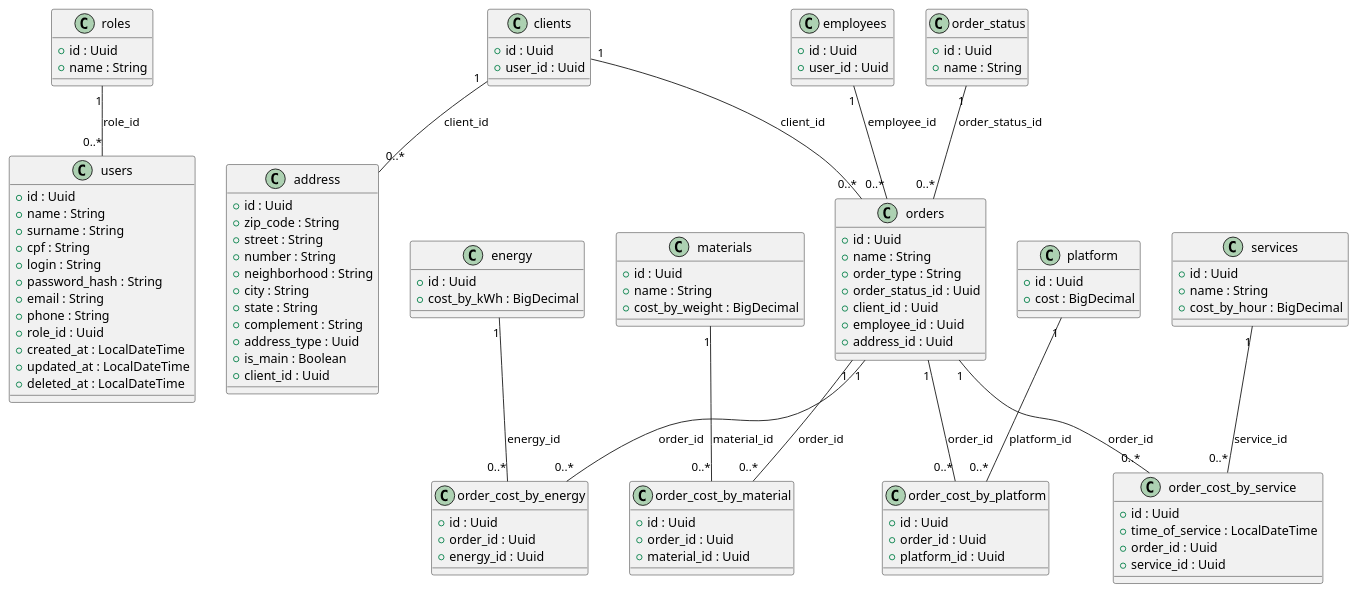
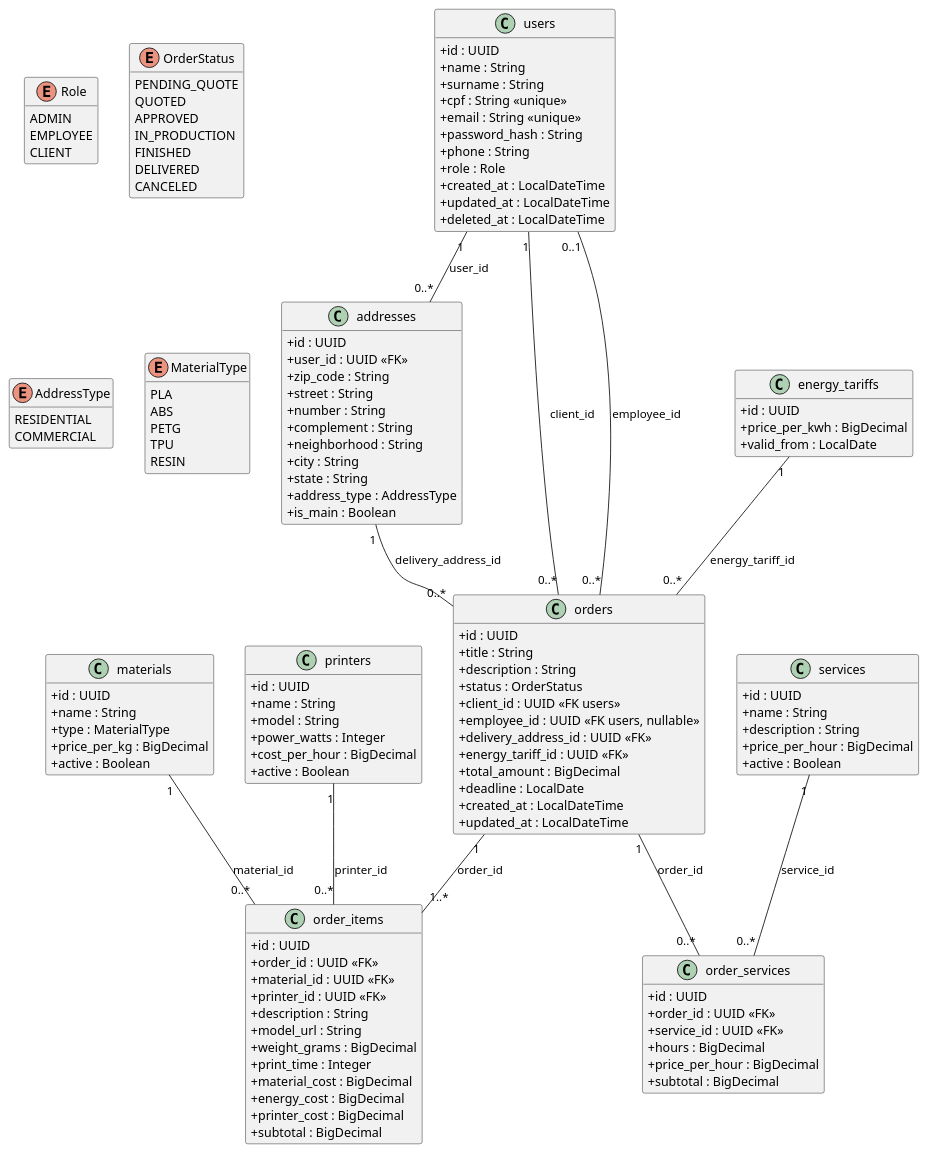
Before and after one commit to JonasFortunatoRosset/3d-printer-app: the diagram in UML/uml.puml, drawn with PlantUML. The commit also changed 16 other files, not shown here.

```diff
--- a/UML/uml.puml
+++ b/UML/uml.puml
@@ -1,139 +1,151 @@
 @startuml
+skinparam classAttributeIconSize 0
+hide methods
 
-class roles {
- + id : Uuid
- + name : String
+enum Role {
+ ADMIN
+ EMPLOYEE
+ CLIENT
+}
+
+enum OrderStatus {
+ PENDING_QUOTE
+ QUOTED
+ APPROVED
+ IN_PRODUCTION
+ FINISHED
+ DELIVERED
+ CANCELED
+}
+
+enum AddressType {
+ RESIDENTIAL
+ COMMERCIAL
+}
+
+enum MaterialType {
+ PLA
+ ABS
+ PETG
+ TPU
+ RESIN
 }
 
 class users {
- + id : Uuid
+ + id : UUID
  + name : String
  + surname : String
- + cpf : String
- + login : String
+ + cpf : String <<unique>>
+ + email : String <<unique>>
  + password_hash : String
- + email : String
  + phone : String
- + role_id : Uuid
+ + role : Role
  + created_at : LocalDateTime
  + updated_at : LocalDateTime
  + deleted_at : LocalDateTime
 }
 
-class clients {
- + id : Uuid
- + user_id : Uuid
-}
-
-class employees {
- + id : Uuid
- + user_id : Uuid
-}
-
-class address {
- + id : Uuid
+class addresses {
+ + id : UUID
+ + user_id : UUID <<FK>>
  + zip_code : String
  + street : String
  + number : String
+ + complement : String
  + neighborhood : String
  + city : String
  + state : String
- + complement : String
- + address_type : Uuid
+ + address_type : AddressType
  + is_main : Boolean
- + client_id : Uuid
+}
+
+class materials {
+ + id : UUID
+ + name : String
+ + type : MaterialType
+ + price_per_kg : BigDecimal
+ + active : Boolean
+}
+
+class printers {
+ + id : UUID
+ + name : String
+ + model : String
+ + power_watts : Integer
+ + cost_per_hour : BigDecimal
+ + active : Boolean
+}
+
+class services {
+ + id : UUID
+ + name : String
+ + description : String
+ + price_per_hour : BigDecimal
+ + active : Boolean
+}
+
+class energy_tariffs {
+ + id : UUID
+ + price_per_kwh : BigDecimal
+ + valid_from : LocalDate
 }
 
 class orders {
- + id : Uuid
- + name : String
- + order_type : String
- + order_status_id : Uuid
- + client_id : Uuid
- + employee_id : Uuid
- + address_id : Uuid
- }
-
-class order_status {
- + id : Uuid
- + name : String
+ + id : UUID
+ + title : String
+ + description : String
+ + status : OrderStatus
+ + client_id : UUID <<FK users>>
+ + employee_id : UUID <<FK users, nullable>>
+ + delivery_address_id : UUID <<FK>>
+ + energy_tariff_id : UUID <<FK>>
+ + total_amount : BigDecimal
+ + deadline : LocalDate
+ + created_at : LocalDateTime
+ + updated_at : LocalDateTime
 }
 
-class materials {
- + id : Uuid
- + name : String
- + cost_by_weight : BigDecimal
+class order_items {
+ + id : UUID
+ + order_id : UUID <<FK>>
+ + material_id : UUID <<FK>>
+ + printer_id : UUID <<FK>>
+ + description : String
+ + model_url : String
+ + weight_grams : BigDecimal
+ + print_time : Integer
+ + material_cost : BigDecimal
+ + energy_cost : BigDecimal
+ + printer_cost : BigDecimal
+ + subtotal : BigDecimal
 }
 
-class services {
- + id : Uuid
- + name : String
- + cost_by_hour : BigDecimal
+class order_services {
+ + id : UUID
+ + order_id : UUID <<FK>>
+ + service_id : UUID <<FK>>
+ + hours : BigDecimal
+ + price_per_hour : BigDecimal
+ + subtotal : BigDecimal
 }
 
-class energy {
- + id : Uuid
- + cost_by_kWh : BigDecimal
-}
+' Endereços do usuário
+users "1" -- "0..*" addresses : user_id
 
-class platform {
- + id : Uuid
- + cost : BigDecimal
-}
+' Cliente e funcionário do pedido
+users "1" -- "0..*" orders : client_id
+users "0..1" -- "0..*" orders : employee_id
 
-class order_cost_by_energy {
- + id : Uuid
- + order_id : Uuid
- + energy_id : Uuid
- }
+' Endereço de entrega e tarifa usada no pedido
+addresses "1" -- "0..*" orders : delivery_address_id
+energy_tariffs "1" -- "0..*" orders : energy_tariff_id
 
-class order_cost_by_material {
- + id : Uuid
- + order_id : Uuid
- + material_id : Uuid
- }
+' Itens impressos do pedido
+orders "1" -- "1..*" order_items : order_id
+materials "1" -- "0..*" order_items : material_id
+printers "1" -- "0..*" order_items : printer_id
 
-class order_cost_by_service {
- + id : Uuid
- + time_of_service : LocalDateTime
- + order_id : Uuid
- + service_id : Uuid
- }
-
-class order_cost_by_platform {
- + id : Uuid
- + order_id : Uuid
- + platform_id : Uuid
- }
-
- ' User role
-roles "1" -- "0..*" users : role_id
-
-' Client address
-clients "1" -- "0..*" address : client_id
-
-' Order status
-order_status "1" -- "0..*" orders : order_status_id
-
-' Client order
-clients "1" -- "0..*" orders : client_id
-
-' Empoyee order
-employees "1" -- "0..*" orders : employee_id
-
-' Cost by energy
-orders "1" -- "0..*" order_cost_by_energy : order_id
-energy "1" -- "0..*" order_cost_by_energy : energy_id
-
-' Cost by material
-orders "1" -- "0..*" order_cost_by_material : order_id
-materials "1" -- "0..*" order_cost_by_material : material_id
-
-' Cost by platform
-orders "1" -- "0..*" order_cost_by_platform : order_id
-platform "1" -- "0..*" order_cost_by_platform : platform_id
-
-' Cost by service
-orders "1" -- "0..*" order_cost_by_service : order_id
-services "1" -- "0..*" order_cost_by_service : service_id
+' Serviços extras do pedido
+orders "1" -- "0..*" order_services : order_id
+services "1" -- "0..*" order_services : service_id
 @enduml
```
